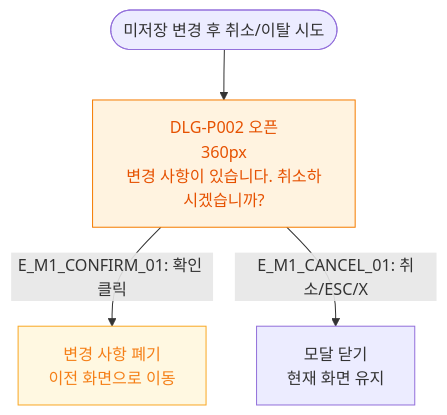
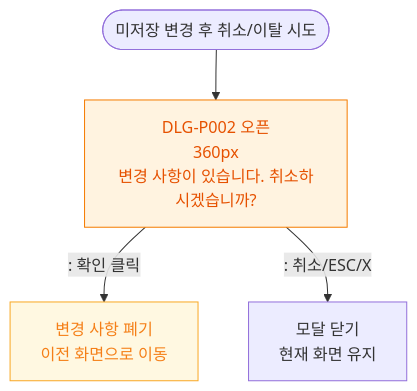
Before and after one commit to dev-spogym/admin-pando: the diagram in docs/다이어그램/D05_상품관리/DLG/DLG-P002_작업취소확인/M1_모달생명주기.md, drawn with Mermaid. The commit also changed other lines of this file and 1660 other files, not shown here.

First line of the commit message:
다이어그램: 기획자/클라이언트 납품본으로 정리

````diff
--- a/docs/다이어그램/D05_상품관리/DLG/DLG-P002_작업취소확인/M1_모달생명주기.md
+++ b/docs/다이어그램/D05_상품관리/DLG/DLG-P002_작업취소확인/M1_모달생명주기.md
@@ -16,11 +14,11 @@
 ```mermaid
 flowchart TD
     TRIGGER([미저장 변경 후 취소/이탈 시도]) --> OpenModal[DLG-P002 오픈\n360px\n변경 사항이 있습니다. 취소하시겠습니까?]
-    OpenModal -->|"E_M1_CONFIRM_01: 확인 클릭"| DiscardChanges[변경 사항 폐기\n이전 화면으로 이동]
-    OpenModal -->|"E_M1_CANCEL_01: 취소/ESC/X"| StayOnPage[모달 닫기\n현재 화면 유지]
+    OpenModal -->|": 확인 클릭"|DiscardChanges[변경 사항 폐기\n이전 화면으로 이동]
+    OpenModal -->|": 취소/ESC/X"|StayOnPage[모달 닫기\n현재 화면 유지]
 
     classDef modal fill:#FFF3E0,stroke:#F57C00,color:#E65100
     classDef warning fill:#FFF8E1,stroke:#F9A825,color:#F57F17
     class OpenModal modal
     class DiscardChanges warning
 ```
````
